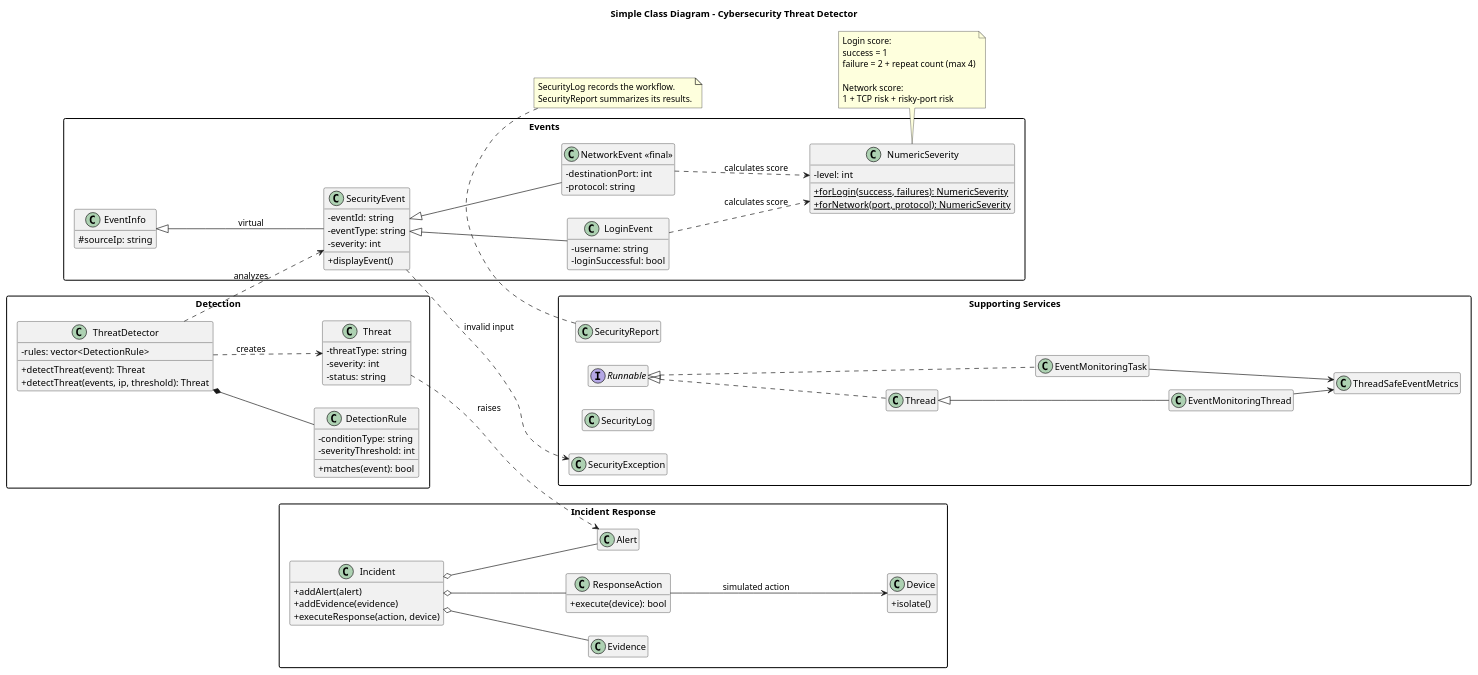
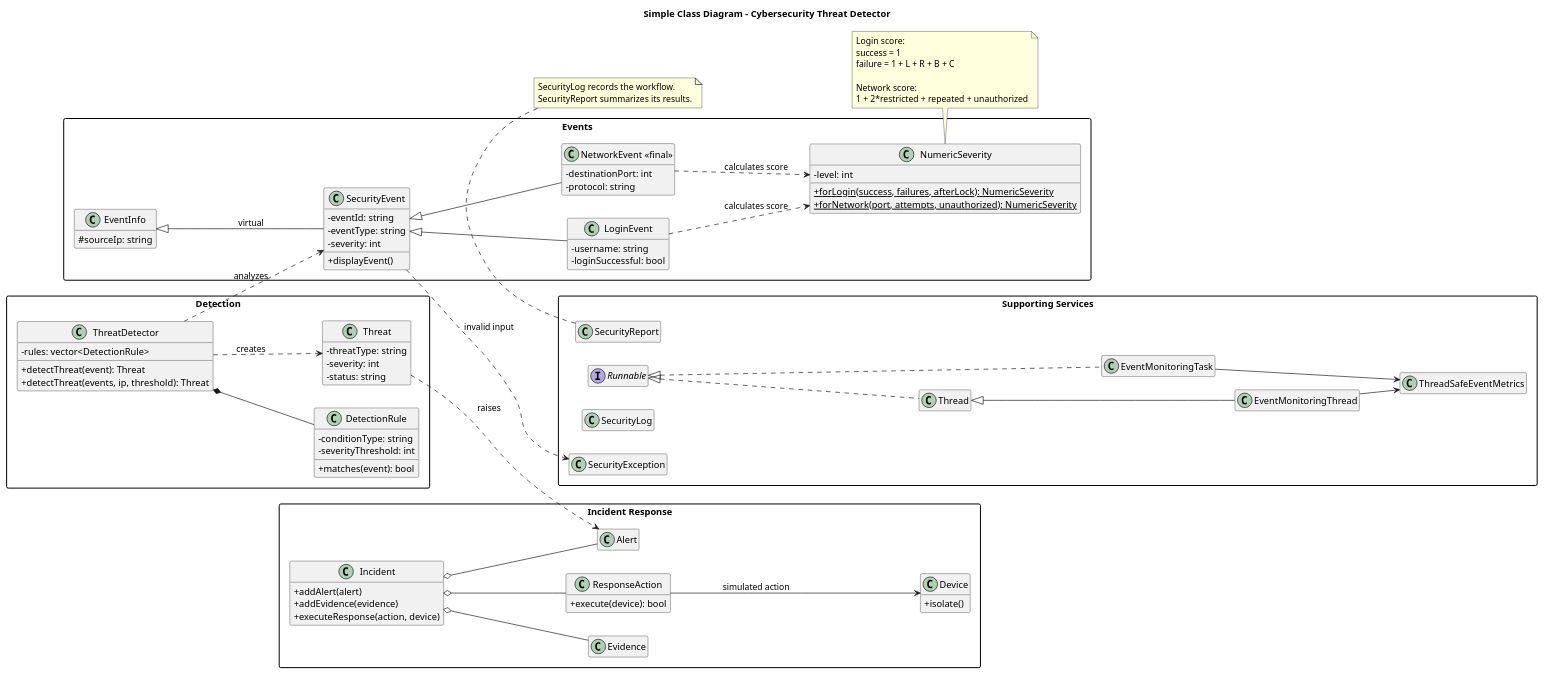
One commit to jaitak2121-spec/CybersecurityThreatdetector changed the diagram in class-diagram.puml. Above: the diagram before and after it, drawn with PlantUML. The commit also changed 15 other files, not shown here.

Commit message:
Implement behavior-based login and network severity formulas

```diff
--- a/class-diagram.puml
+++ b/class-diagram.puml
@@ -1,115 +1,115 @@
 @startuml class-diagram
 left to right direction
 skinparam classAttributeIconSize 0
 skinparam packageStyle rectangle
 hide empty members
 title Simple Class Diagram - Cybersecurity Threat Detector
 
 package "Events" {
   class EventInfo {
     # sourceIp: string
   }
   class SecurityEvent {
     - eventId: string
     - eventType: string
     - severity: int
     + displayEvent()
   }
   class LoginEvent {
     - username: string
     - loginSuccessful: bool
   }
   class "NetworkEvent <<final>>" as NetworkEvent {
     - destinationPort: int
     - protocol: string
   }
   class NumericSeverity {
     - level: int
-    {static} + forLogin(success, failures): NumericSeverity
-    {static} + forNetwork(port, protocol): NumericSeverity
+    {static} + forLogin(success, failures, afterLock): NumericSeverity
+    {static} + forNetwork(port, attempts, unauthorized): NumericSeverity
   }
 }
 
 package "Detection" {
   class DetectionRule {
     - conditionType: string
     - severityThreshold: int
     + matches(event): bool
   }
   class ThreatDetector {
     - rules: vector<DetectionRule>
     + detectThreat(event): Threat
     + detectThreat(events, ip, threshold): Threat
   }
   class Threat {
     - threatType: string
     - severity: int
     - status: string
   }
 }
 
 package "Incident Response" {
   class Alert
   class Incident {
     + addAlert(alert)
     + addEvidence(evidence)
     + executeResponse(action, device)
   }
   class Evidence
   class ResponseAction {
     + execute(device): bool
   }
   class Device {
     + isolate()
   }
 }
 
 package "Supporting Services" {
   interface Runnable
   class Thread
   class EventMonitoringThread
   class EventMonitoringTask
   class ThreadSafeEventMetrics
   class SecurityLog
   class SecurityReport
   class SecurityException
 }
 
 EventInfo <|-- SecurityEvent : virtual
 SecurityEvent <|-- LoginEvent
 SecurityEvent <|-- NetworkEvent
 LoginEvent ..> NumericSeverity : calculates score
 NetworkEvent ..> NumericSeverity : calculates score
 
 ThreatDetector *-- DetectionRule
 ThreatDetector ..> SecurityEvent : analyzes
 ThreatDetector ..> Threat : creates
 
 Threat ..> Alert : raises
 Incident o-- Alert
 Incident o-- Evidence
 Incident o-- ResponseAction
 ResponseAction --> Device : simulated action
 
 Runnable <|.. Thread
 Thread <|-- EventMonitoringThread
 Runnable <|.. EventMonitoringTask
 EventMonitoringThread --> ThreadSafeEventMetrics
 EventMonitoringTask --> ThreadSafeEventMetrics
 
 SecurityEvent ..> SecurityException : invalid input
 
 note bottom of SecurityReport
   SecurityLog records the workflow.
   SecurityReport summarizes its results.
 end note
 
 note bottom of NumericSeverity
   Login score:
   success = 1
-  failure = 2 + repeat count (max 4)
+  failure = 1 + L + R + B + C
 
   Network score:
-  1 + TCP risk + risky-port risk
+  1 + 2*restricted + repeated + unauthorized
 end note
 @enduml
```
